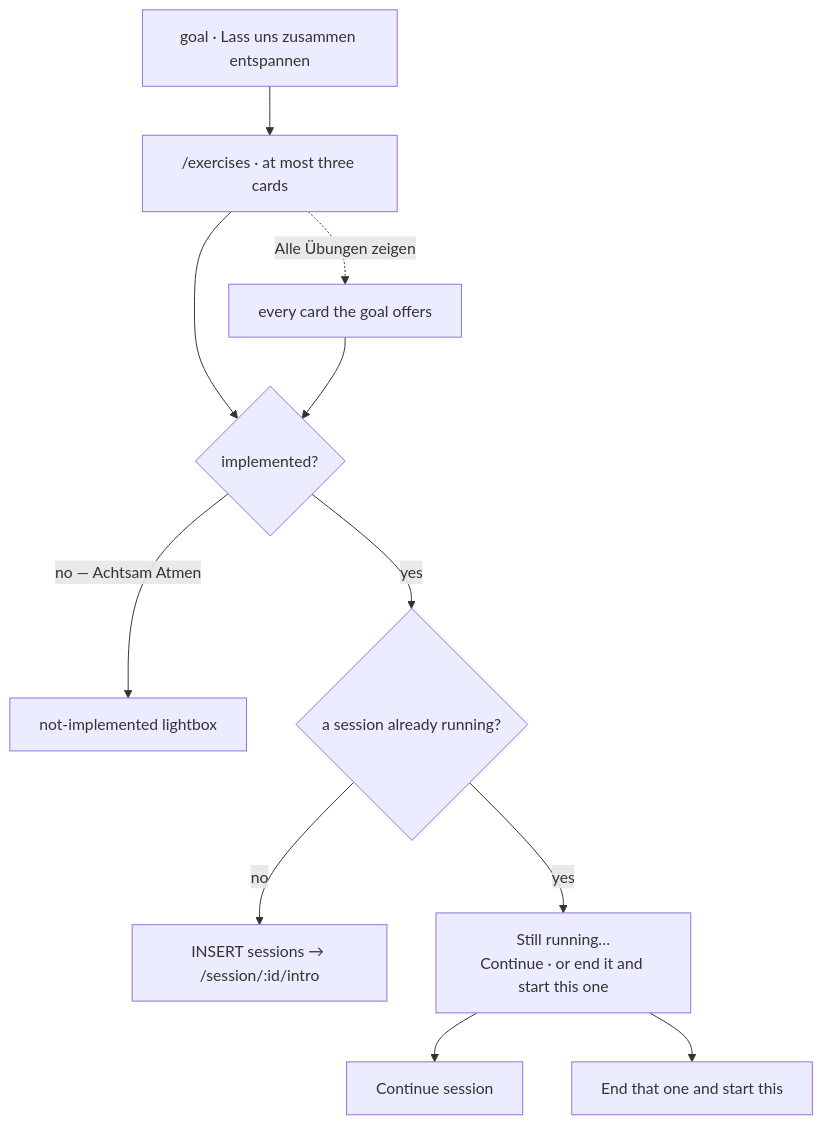
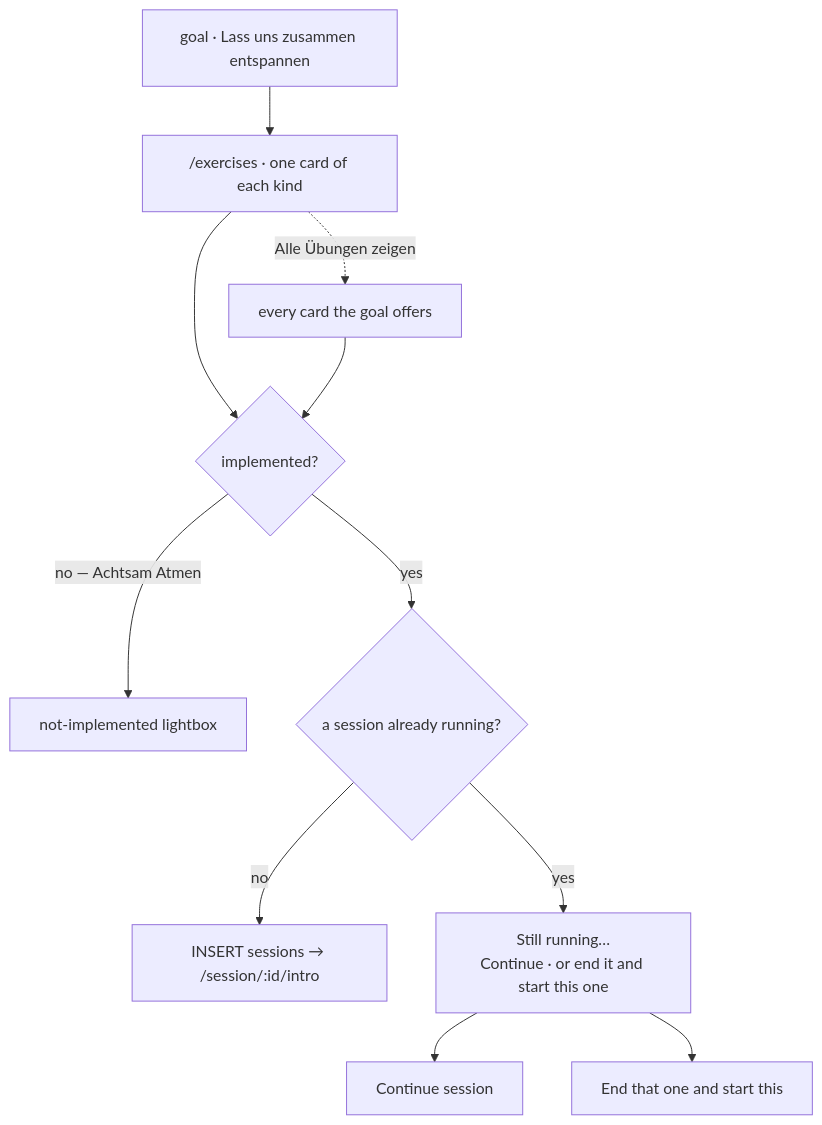
One commit to product-ben/musie changed the diagram in apps/docs/features/exercises.md. Above: the diagram before and after it, drawn with Mermaid. The commit also changed other lines of this file and 18 other files, not shown here.

First line of the commit message:
Each goal its own order, one exercise of each kind, card exercises under entspannen

````diff
--- a/apps/docs/features/exercises.md
+++ b/apps/docs/features/exercises.md
@@ -7,13 +7,13 @@
 ```mermaid
 flowchart TD
-  G["goal · Lass uns zusammen entspannen"] --> L["/exercises · at most three cards"]
+  G["goal · Lass uns zusammen entspannen"] --> L["/exercises · one card of each kind"]
   L -.->|"Alle Übungen zeigen"| A["every card the goal offers"]
   L --> P{"implemented?"}
   A --> P
   P -->|"no — Achtsam Atmen"| NI["not-implemented lightbox"]
   P -->|"yes"| R{"a session already running?"}
   R -->|"no"| S["INSERT sessions → /session/:id/intro"]
   R -->|"yes"| C["Still running…<br/>Continue · or end it and start this one"]
   C --> C1["Continue session"]
   C --> C2["End that one and start this"]
 ```
````
